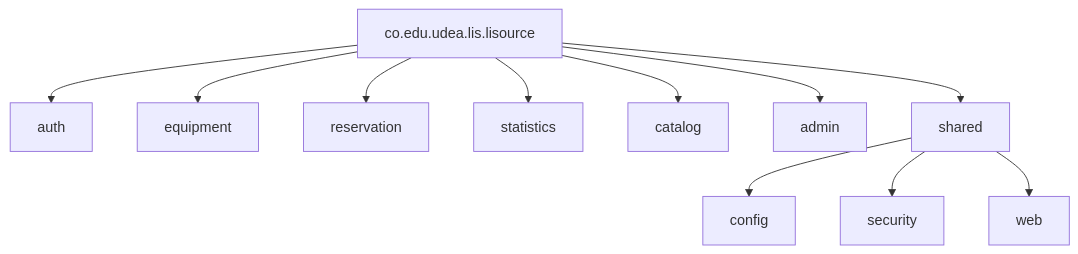
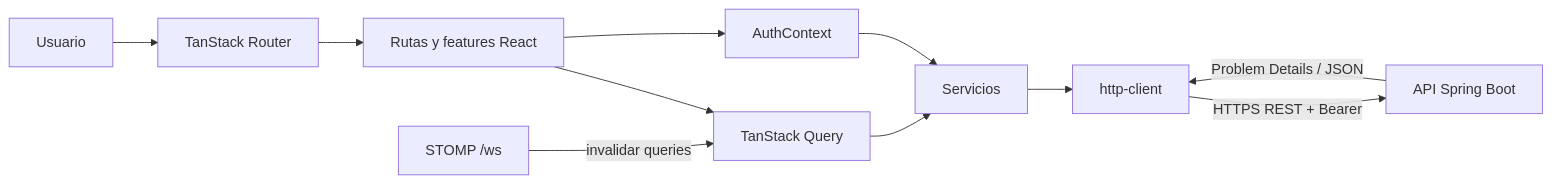
The sixth of 19 diagrams in lisource-frontend/README.md (lisudea/technical-test-2026-2), drawn with Mermaid before and after one commit. The commit also changed other lines of this file and 1 other file, not shown here.

````diff
--- a/lisource-frontend/README.md
+++ b/lisource-frontend/README.md
@@ -369,13 +345,13 @@
 ```mermaid
-flowchart TB
-  Root[co.edu.udea.lis.lisource] --> Auth[auth]
-  Root --> Equipment[equipment]
-  Root --> Reservation[reservation]
-  Root --> Statistics[statistics]
-  Root --> Catalog[catalog]
-  Root --> Admin[admin]
-  Root --> Shared[shared]
-  Shared --> Config[config]
-  Shared --> Security[security]
-  Shared --> Web[web]
+flowchart LR
+  U[Usuario] --> R[TanStack Router]
+  R --> V[Rutas y features React]
+  V --> Q[TanStack Query]
+  V --> A[AuthContext]
+  Q --> S[Servicios]
+  A --> S
+  S --> H[http-client]
+  H -->|HTTPS REST + Bearer| B[API Spring Boot]
+  B -->|Problem Details / JSON| H
+  W[STOMP /ws] -->|invalidar queries| Q
 ```
````
